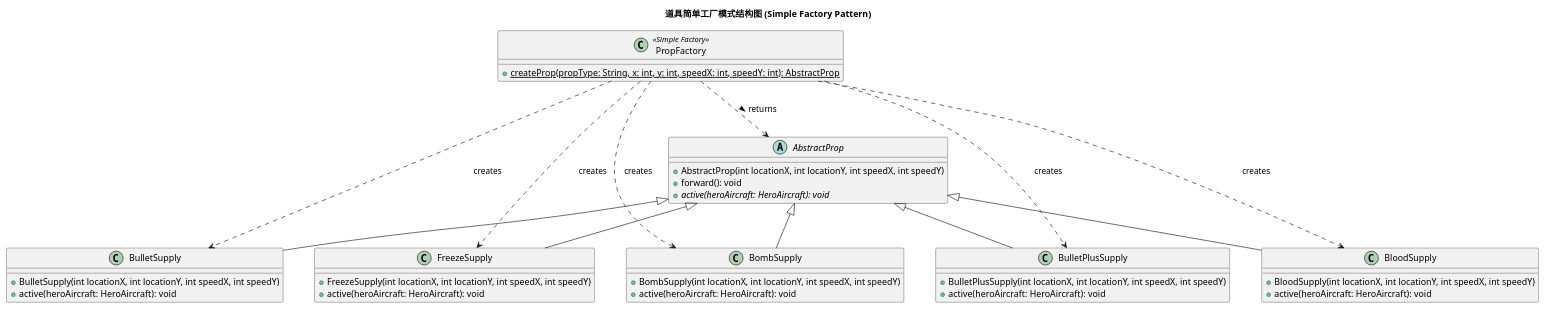
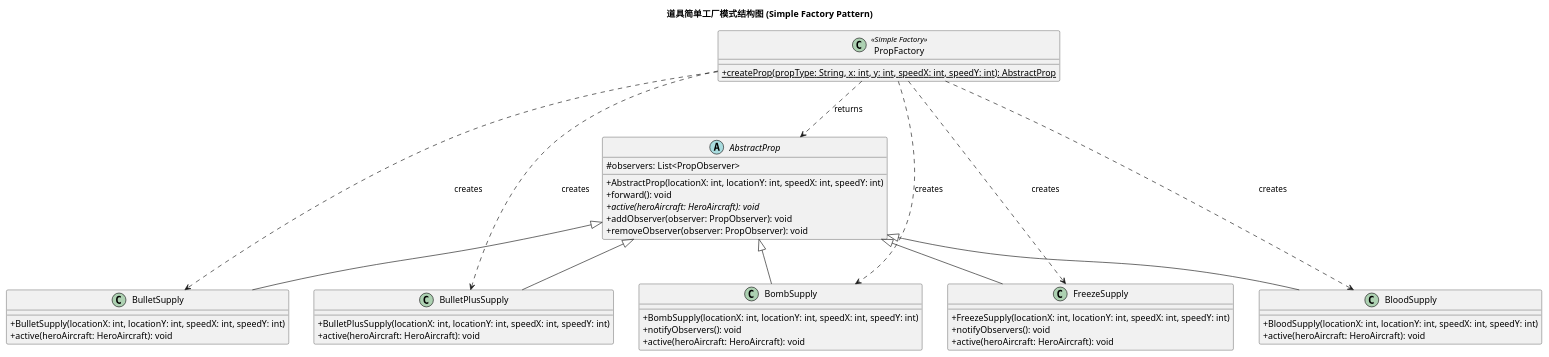
Before and after one commit to Leslie-1341/AircraftWar-base1.0: the diagram in uml/PropFactory.puml, drawn with PlantUML. The commit also changed 4 other files, not shown here.

Commit message:
根据修改后的代码更新了uml类图

```diff
--- a/uml/PropFactory.puml
+++ b/uml/PropFactory.puml
@@ -1,70 +1,85 @@
 @startuml
-'https://plantuml.com/class-diagram
 title 道具简单工厂模式结构图 (Simple Factory Pattern)
 
-skinparam nodesep 50
+skinparam nodesep 40
 skinparam ranksep 70
+skinparam classAttributeIconSize 0
 
 ' ==========================================
 ' 工厂角色 (Factory) - 置于顶层
 ' ==========================================
 class PropFactory <<Simple Factory>> {
     + {static} createProp(propType: String, x: int, y: int, speedX: int, speedY: int): AbstractProp
 }
 
 ' ==========================================
 ' 抽象产品角色 (Abstract Product) - 置于中间层
 ' ==========================================
 abstract class AbstractProp {
-    + AbstractProp(int locationX, int locationY, int speedX, int speedY)
+    ' 同步观察者模式重构后的属性和方法，保持全局类图一致性
+    # observers: List<PropObserver>
+    
+    ' 规范 UML 参数表示法 (名称: 类型)
+    + AbstractProp(locationX: int, locationY: int, speedX: int, speedY: int)
     + forward(): void
     + {abstract} active(heroAircraft: HeroAircraft): void
+    + addObserver(observer: PropObserver): void
+    + removeObserver(observer: PropObserver): void
 }
 
 ' 工厂依赖抽象产品作为返回值
-PropFactory ..> AbstractProp : returns >
+PropFactory ..> AbstractProp : returns
 
 ' ==========================================
 ' 具体产品角色 (Concrete Products) - 置于底层
 ' ==========================================
-class BulletSupply {
-    + BulletSupply(int locationX, int locationY, int speedX, int speedY)
-    + active(heroAircraft: HeroAircraft): void
+together {
+    class BulletSupply {
+        + BulletSupply(locationX: int, locationY: int, speedX: int, speedY: int)
+        + active(heroAircraft: HeroAircraft): void
+    }
+    class BulletPlusSupply {
+        + BulletPlusSupply(locationX: int, locationY: int, speedX: int, speedY: int)
+        + active(heroAircraft: HeroAircraft): void
+    }
+    class BombSupply {
+        + BombSupply(locationX: int, locationY: int, speedX: int, speedY: int)
+        + notifyObservers(): void
+        + active(heroAircraft: HeroAircraft): void
+    }
+    class FreezeSupply {
+        + FreezeSupply(locationX: int, locationY: int, speedX: int, speedY: int)
+        + notifyObservers(): void
+        + active(heroAircraft: HeroAircraft): void
+    }
+    class BloodSupply {
+        + BloodSupply(locationX: int, locationY: int, speedX: int, speedY: int)
+        + active(heroAircraft: HeroAircraft): void
+    }
 }
-class BulletPlusSupply {
-    + BulletPlusSupply(int locationX, int locationY, int speedX, int speedY)
-    + active(heroAircraft: HeroAircraft): void
-}
-class BombSupply {
-    + BombSupply(int locationX, int locationY, int speedX, int speedY)
-    + active(heroAircraft: HeroAircraft): void
-}
-class FreezeSupply {
-    + FreezeSupply(int locationX, int locationY, int speedX, int speedY)
-    + active(heroAircraft: HeroAircraft): void
-}
-class BloodSupply {
-    + BloodSupply(int locationX, int locationY, int speedX, int speedY)
-    + active(heroAircraft: HeroAircraft): void
-}
+
+' 使用隐形线强制产品类从左到右水平对齐排列，让排版更工整
+BulletSupply -[hidden]right- BulletPlusSupply
+BulletPlusSupply -[hidden]right- BombSupply
+BombSupply -[hidden]right- FreezeSupply
+FreezeSupply -[hidden]right- BloodSupply
 
 ' ========================================
 ' 建立继承关系 (具体产品在下，抽象产品在上)
 ' ========================================
 BulletSupply -up-|> AbstractProp
 BulletPlusSupply -up-|> AbstractProp
 BombSupply -up-|> AbstractProp
 FreezeSupply -up-|> AbstractProp
 BloodSupply -up-|> AbstractProp
 
 ' ========================================
 ' 建立生产依赖关系 (工厂创建具体产品)
 ' ========================================
-
 PropFactory ..> BulletSupply : creates
 PropFactory ..> BulletPlusSupply : creates
 PropFactory ..> BombSupply : creates
 PropFactory ..> FreezeSupply : creates
 PropFactory ..> BloodSupply : creates
 
 @enduml
```
